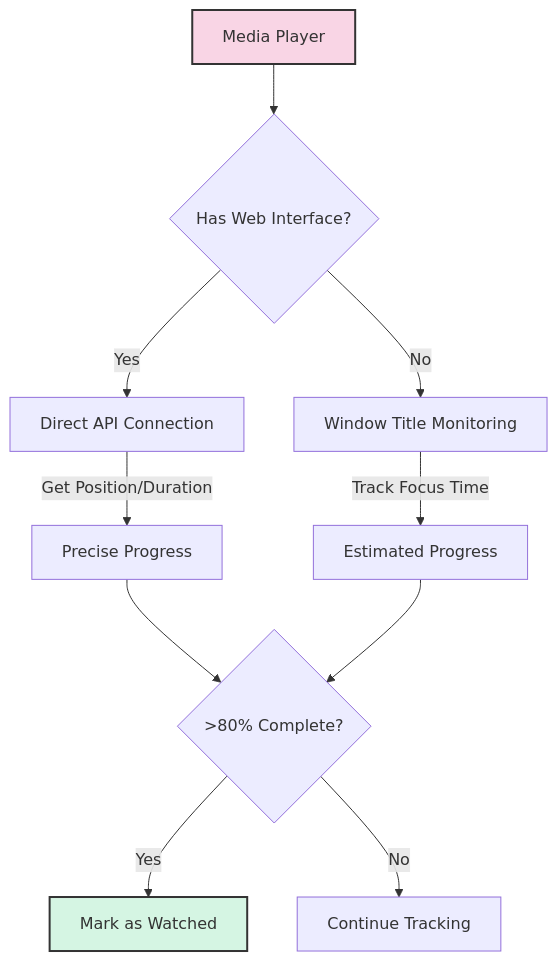
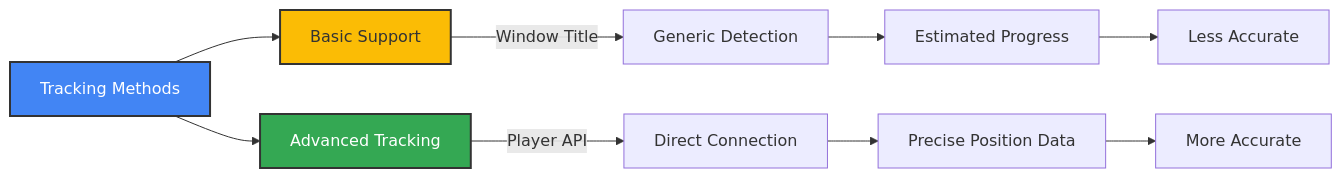
The second of 3 diagrams in docs/media-players.md (ByteTrix/Media-Player-Scrobbler-for-Simkl), drawn with Mermaid before and after one commit. The commit also changed other lines of this file and 9 other files, not shown here.

````diff
--- a/docs/media-players.md
+++ b/docs/media-players.md
@@ -55,18 +66,18 @@
 ```mermaid
-graph TD
-    A[Media Player] --> B{Has Web Interface?}
-    B -->|Yes| C[Direct API Connection]
-    B -->|No| D[Window Title Monitoring]
+graph LR
+    A[Tracking Methods] --> B[Basic Support]
+    A --> C[Advanced Tracking]
     
-    C -->|Get Position/Duration| E[Precise Progress]
-    D -->|Track Focus Time| F[Estimated Progress]
+    B -->|Window Title| D[Generic Detection]
+    D --> E[Estimated Progress]
     
-    E --> G{>80% Complete?}
-    F --> G
+    C -->|Player API| F[Direct Connection]
+    F --> G[Precise Position Data]
     
-    G -->|Yes| H[Mark as Watched]
-    G -->|No| I[Continue Tracking]
+    E --> H[Less Accurate]
+    G --> I[More Accurate]
     
-    style A fill:#f9d5e5,stroke:#333,stroke-width:2px
-    style H fill:#d5f5e3,stroke:#333,stroke-width:2px
+    style A fill:#4285f4,stroke:#333,stroke-width:2px,color:#fff
+    style B fill:#fbbc05,stroke:#333,stroke-width:2px
+    style C fill:#34a853,stroke:#333,stroke-width:2px,color:#fff
 ```
````
